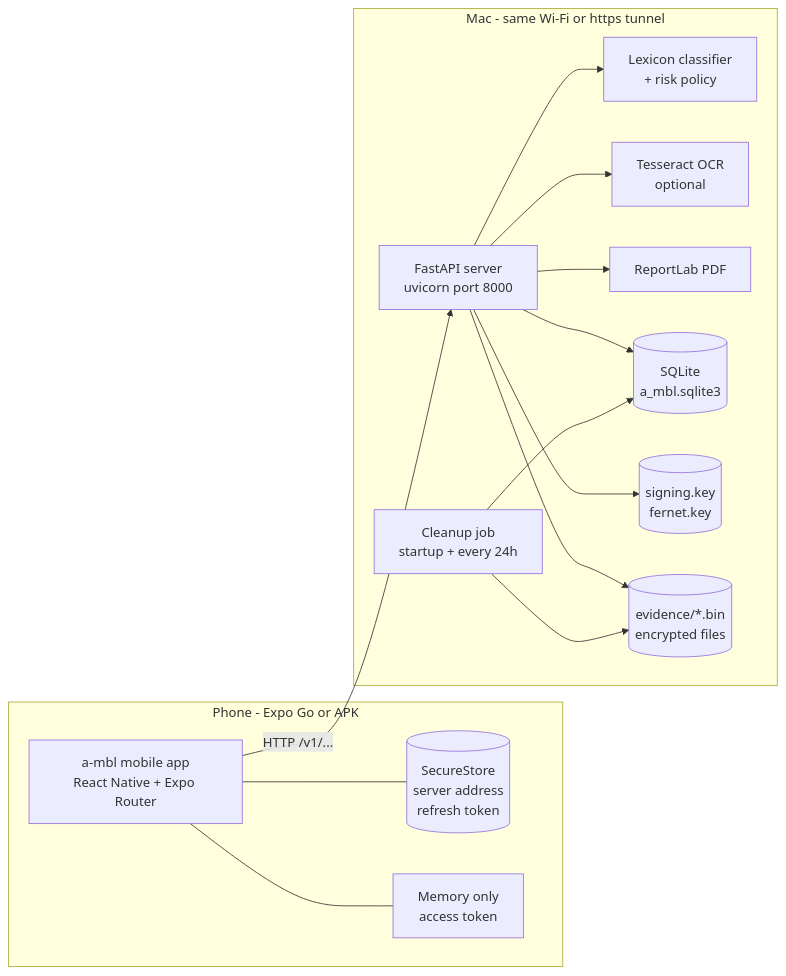
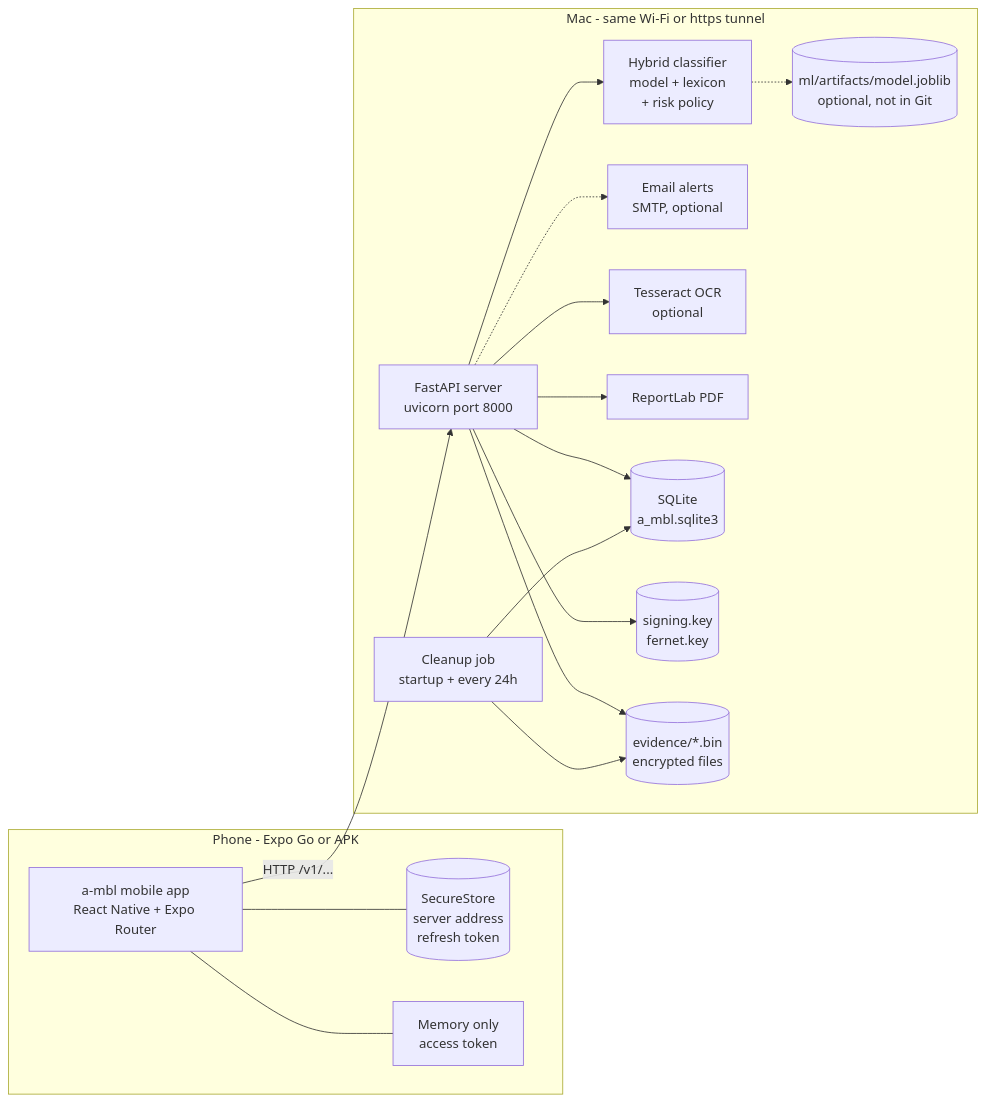
Before and after one commit to abdullah956/a-mbl: the first of 25 diagrams in PROJECT_GUIDE.md, drawn with Mermaid. The commit also changed other lines of this file and 12 other files, not shown here.

````diff
--- a/PROJECT_GUIDE.md
+++ b/PROJECT_GUIDE.md
@@ -130,29 +146,33 @@
 ```mermaid
 flowchart LR
     subgraph Phone["Phone - Expo Go or APK"]
         App["a-mbl mobile app<br/>React Native + Expo Router"]
         SS[("SecureStore<br/>server address<br/>refresh token")]
         Mem["Memory only<br/>access token"]
     end
     subgraph Mac["Mac - same Wi-Fi or https tunnel"]
         API["FastAPI server<br/>uvicorn port 8000"]
-        CLS["Lexicon classifier<br/>+ risk policy"]
+        CLS["Hybrid classifier<br/>model + lexicon<br/>+ risk policy"]
+        MODEL[("ml/artifacts/model.joblib<br/>optional, not in Git")]
+        MAIL["Email alerts<br/>SMTP, optional"]
         OCR["Tesseract OCR<br/>optional"]
         PDF["ReportLab PDF"]
         JOB["Cleanup job<br/>startup + every 24h"]
         DB[("SQLite<br/>a_mbl.sqlite3")]
         KEYS[("signing.key<br/>fernet.key")]
         EV[("evidence/*.bin<br/>encrypted files")]
     end
     App -- "HTTP /v1/..." --> API
     API --> CLS
+    CLS -.-> MODEL
+    API -.-> MAIL
     API --> OCR
     API --> PDF
     API --> DB
     API --> KEYS
     API --> EV
     JOB --> DB
     JOB --> EV
     App --- SS
     App --- Mem
 ```
````
